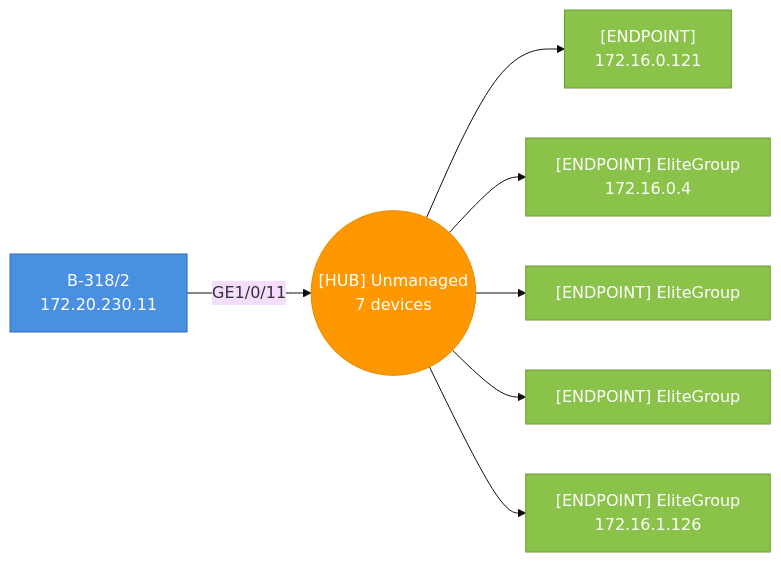
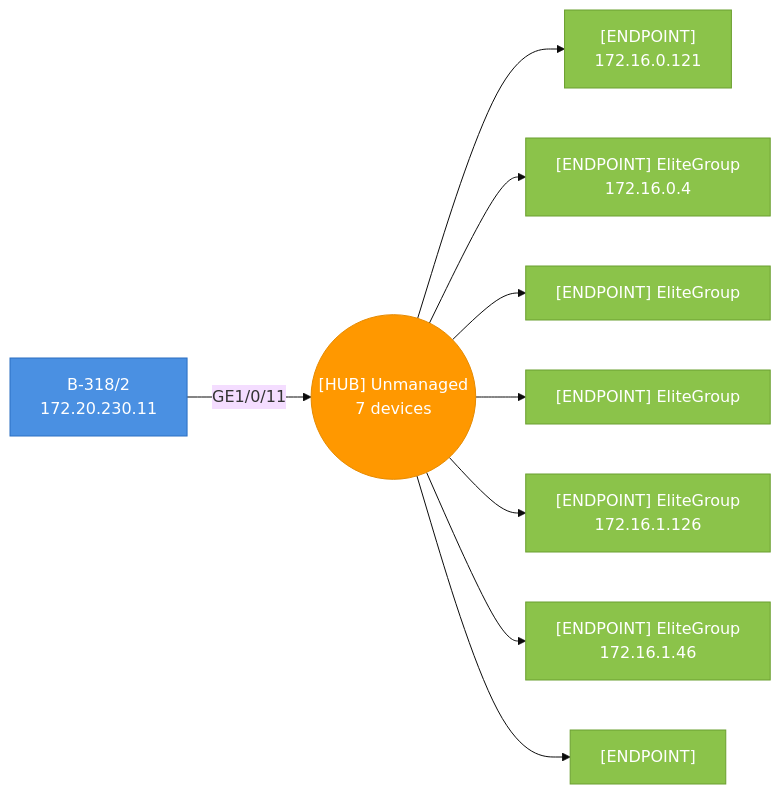
One commit to djamic/LLDP-Skanner-Go changed the fourth of 47 diagrams in testdata/golden/audit_default.md. Above: the diagram before and after it, drawn with Mermaid (base theme). The commit also changed other lines of this file and 12 other files, not shown here.

````diff
--- a/testdata/golden/audit_default.md
+++ b/testdata/golden/audit_default.md
@@ -1394,23 +1499,29 @@
 ```mermaid
 graph LR
   hub_4caea32785ea_p11(("[HUB] Unmanaged<br>7 devices"))
   4caea32785ea["B-318/2<br>172.20.230.11"]
   4caea32785ea-- "GE1/0/11" -->hub_4caea32785ea_p11
   style 4caea32785ea fill:#4A90E2,stroke:#2A6FC2,color:#fff
   5c628bb8b311["[ENDPOINT]<br>172.16.0.121"]
   hub_4caea32785ea_p11-->5c628bb8b311
   style 5c628bb8b311 fill:#8BC34A,stroke:#6B9F30,color:#fff
   94c6913ff34f["[ENDPOINT] EliteGroup<br>172.16.0.4"]
   hub_4caea32785ea_p11-->94c6913ff34f
   style 94c6913ff34f fill:#8BC34A,stroke:#6B9F30,color:#fff
   94c6913ff361["[ENDPOINT] EliteGroup"]
   hub_4caea32785ea_p11-->94c6913ff361
   style 94c6913ff361 fill:#8BC34A,stroke:#6B9F30,color:#fff
   94c6913ff441["[ENDPOINT] EliteGroup"]
   hub_4caea32785ea_p11-->94c6913ff441
   style 94c6913ff441 fill:#8BC34A,stroke:#6B9F30,color:#fff
   94c6913ff467["[ENDPOINT] EliteGroup<br>172.16.1.126"]
   hub_4caea32785ea_p11-->94c6913ff467
   style 94c6913ff467 fill:#8BC34A,stroke:#6B9F30,color:#fff
+  94c6913ff901["[ENDPOINT] EliteGroup<br>172.16.1.46"]
+  hub_4caea32785ea_p11-->94c6913ff901
+  style 94c6913ff901 fill:#8BC34A,stroke:#6B9F30,color:#fff
+  acf46650f0bb["[ENDPOINT]"]
+  hub_4caea32785ea_p11-->acf46650f0bb
+  style acf46650f0bb fill:#8BC34A,stroke:#6B9F30,color:#fff
   style hub_4caea32785ea_p11 fill:#FF9800,stroke:#E68A00,color:#fff
 ```
````
